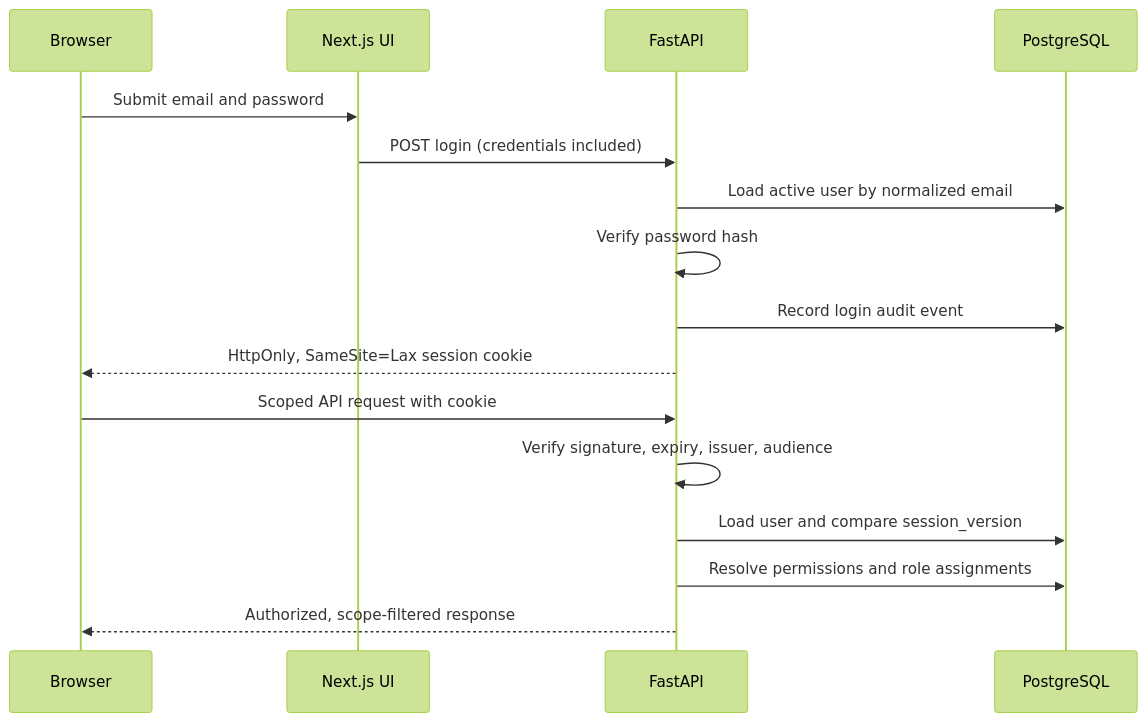
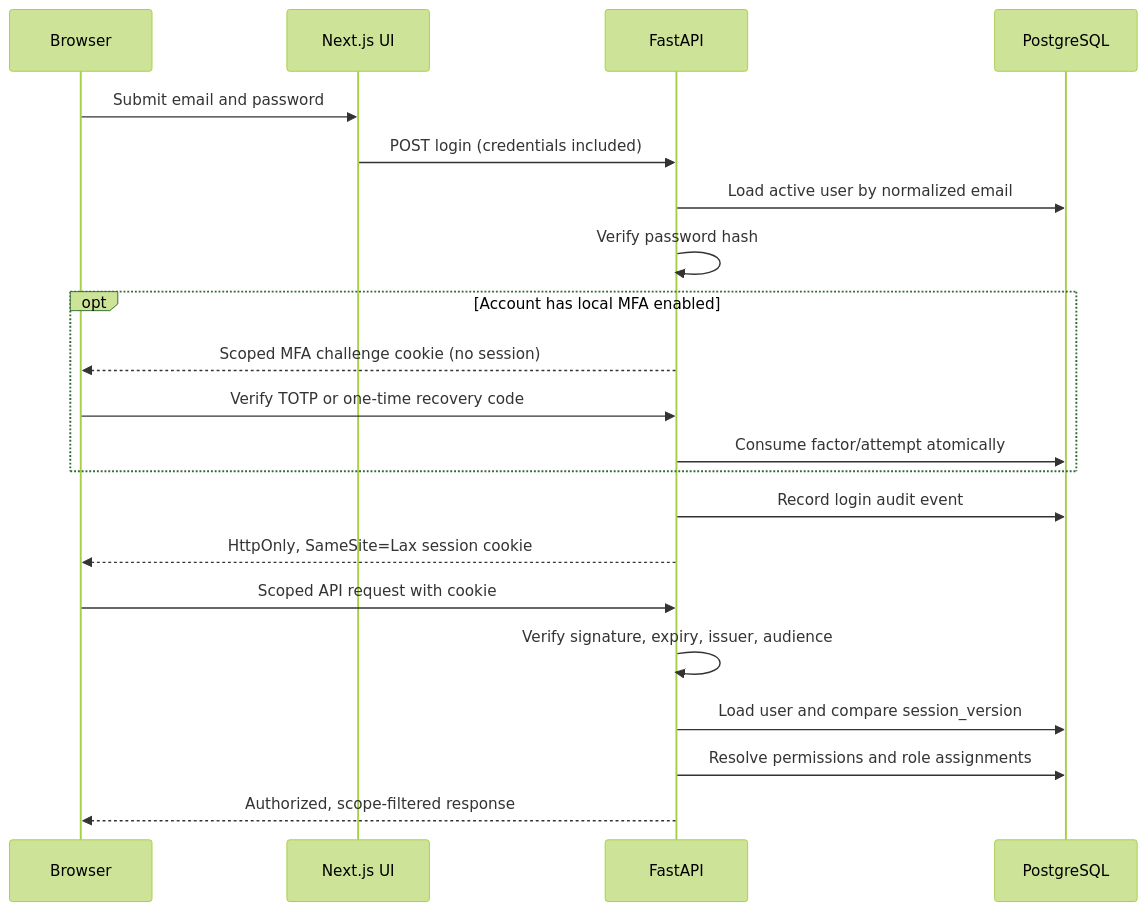
Before and after one commit to benchristian88/atlas: the diagram in docs/architecture/authentication-and-access-control.md, drawn with Mermaid (forest theme). The commit also changed other lines of this file and 51 other files, not shown here.

Commit message:
feature: add local two-factor authentication

````diff
--- a/docs/architecture/authentication-and-access-control.md
+++ b/docs/architecture/authentication-and-access-control.md
@@ -22,19 +22,24 @@
 ```mermaid
 sequenceDiagram
     participant B as Browser
     participant W as Next.js UI
     participant A as FastAPI
     participant D as PostgreSQL
 
     B->>W: Submit email and password
     W->>A: POST login (credentials included)
     A->>D: Load active user by normalized email
     A->>A: Verify password hash
+    opt Account has local MFA enabled
+        A-->>B: Scoped MFA challenge cookie (no session)
+        B->>A: Verify TOTP or one-time recovery code
+        A->>D: Consume factor/attempt atomically
+    end
     A->>D: Record login audit event
     A-->>B: HttpOnly, SameSite=Lax session cookie
     B->>A: Scoped API request with cookie
     A->>A: Verify signature, expiry, issuer, audience
     A->>D: Load user and compare session_version
     A->>D: Resolve permissions and role assignments
     A-->>B: Authorized, scope-filtered response
 ```
````
